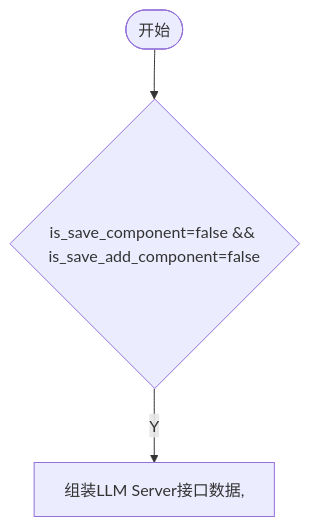
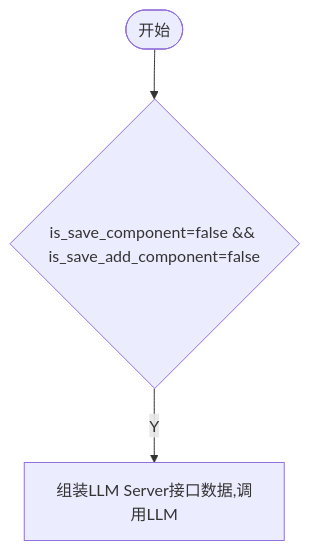
The diagram in all/未命名-7.md (yingjianzh/iodraw-files), drawn with Mermaid before and after one commit.

Commit message:
2024-10-12 13:53:00 update

````diff
--- a/all/未命名-7.md
+++ b/all/未命名-7.md
@@ -1,8 +1,8 @@
 ```mermaid
 flowchart TD
     A([开始]) --> B{is_save_component=false && is_save_add_component=false}
-    B -- Y --> C[组装LLM Server接口数据,]
+    B -- Y --> C[组装LLM Server接口数据,调用LLM]
     
     
 
 ```
````
